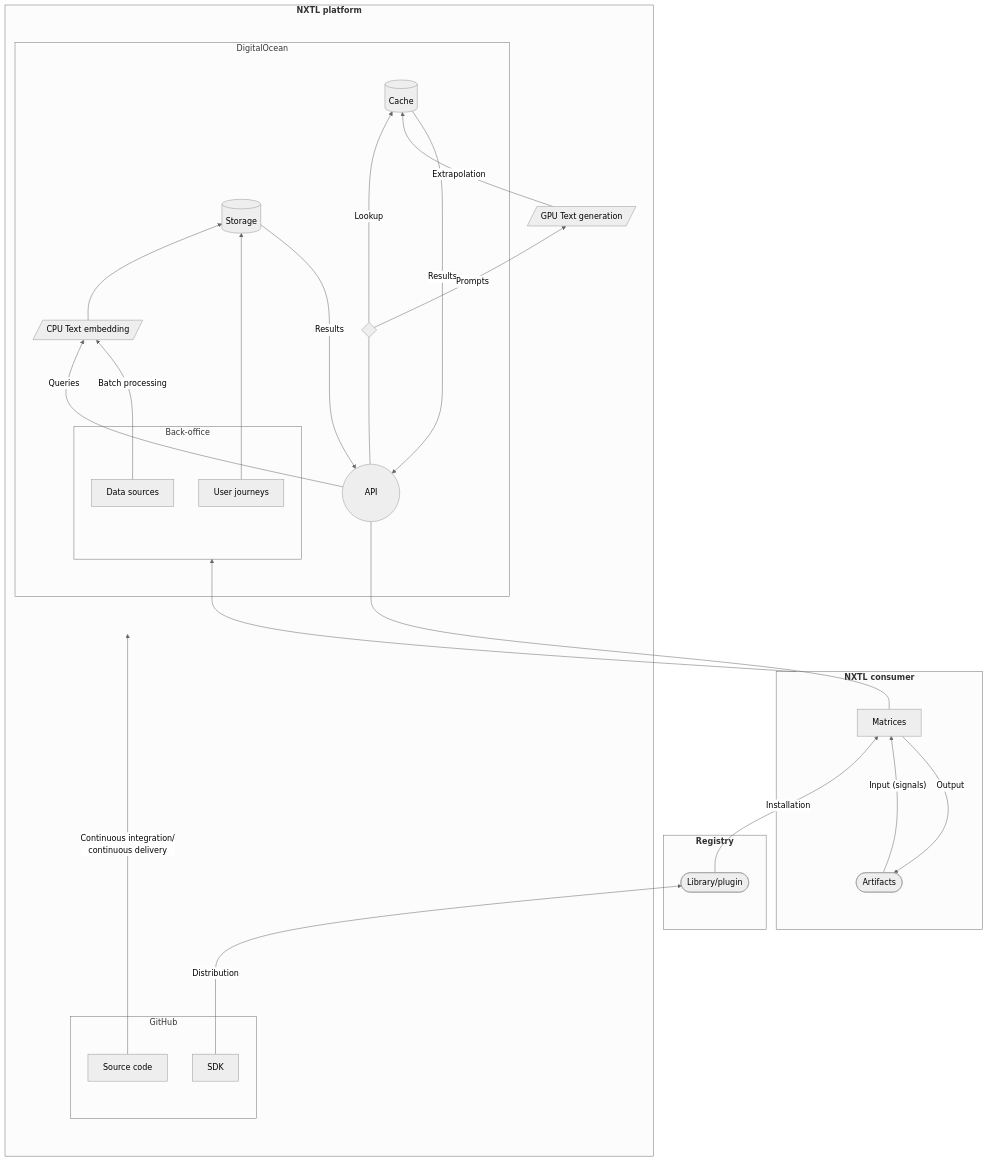
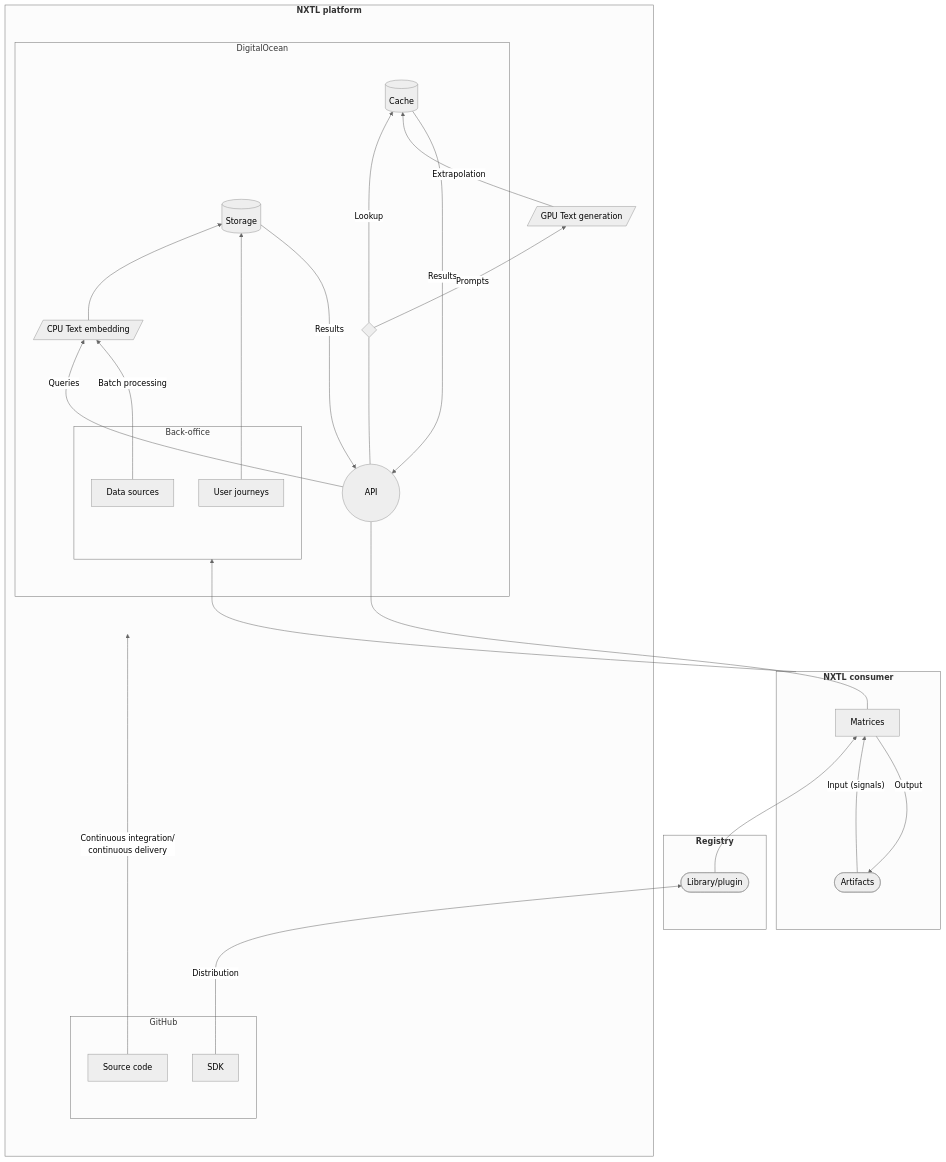
One commit to The-Next-Level-AS/internal-docs changed the diagram in pages/architecture.mdx. Above: the diagram before and after it, drawn with Mermaid.

````diff
--- a/pages/architecture.mdx
+++ b/pages/architecture.mdx
@@ -5,48 +5,48 @@
 ```mermaid
 %%{init: { "theme": "neutral", "flowchart": {"rankSpacing": 150, "defaultRenderer": "dagre"}} }%%
 flowchart BT
 subgraph nxtl_consumer [<b>NXTL consumer</b>]
   artifacts([Artifacts])
   matrices[Matrices]
 end
 subgraph nxtl_platform [<b>NXTL platform</b>]
   text_generation[/GPU Text generation/]
   subgraph digital_ocean [DigitalOcean]
     api((API))
     d{ }
     text_embedding[/CPU Text embedding/]
     storage[(Storage)]
     cache[(Cache)]
     subgraph back_office [Back-office]
       data_sources[Data sources]
       user_journeys[User journeys]
     end
   end
   subgraph github [GitHub]
     source_code[Source code]
     sdk[SDK]
   end
 end
 subgraph registry [<b>Registry</b>]
   ecosystem([Library/plugin])
 end
 classDef paddedNode padding:100px
 class api paddedNode
 sdk -- Distribution --> ecosystem
-ecosystem -- Installation --> matrices
+ecosystem --> matrices
 matrices --- api
 storage -- Results --> api
 cache -- Results --> api
 d -- Prompts --> text_generation
 api -- Queries --> text_embedding
 d -- Lookup --> cache
 api --- d
 text_generation -- Extrapolation --> cache
 text_embedding --> storage
 source_code -- Continuous integration/<br />continuous delivery --> digital_ocean
 nxtl_consumer --> back_office
 data_sources -- Batch processing --> text_embedding
 user_journeys --> storage
 matrices -- Output --> artifacts
 artifacts -- Input (signals) --> matrices
 ```
````
